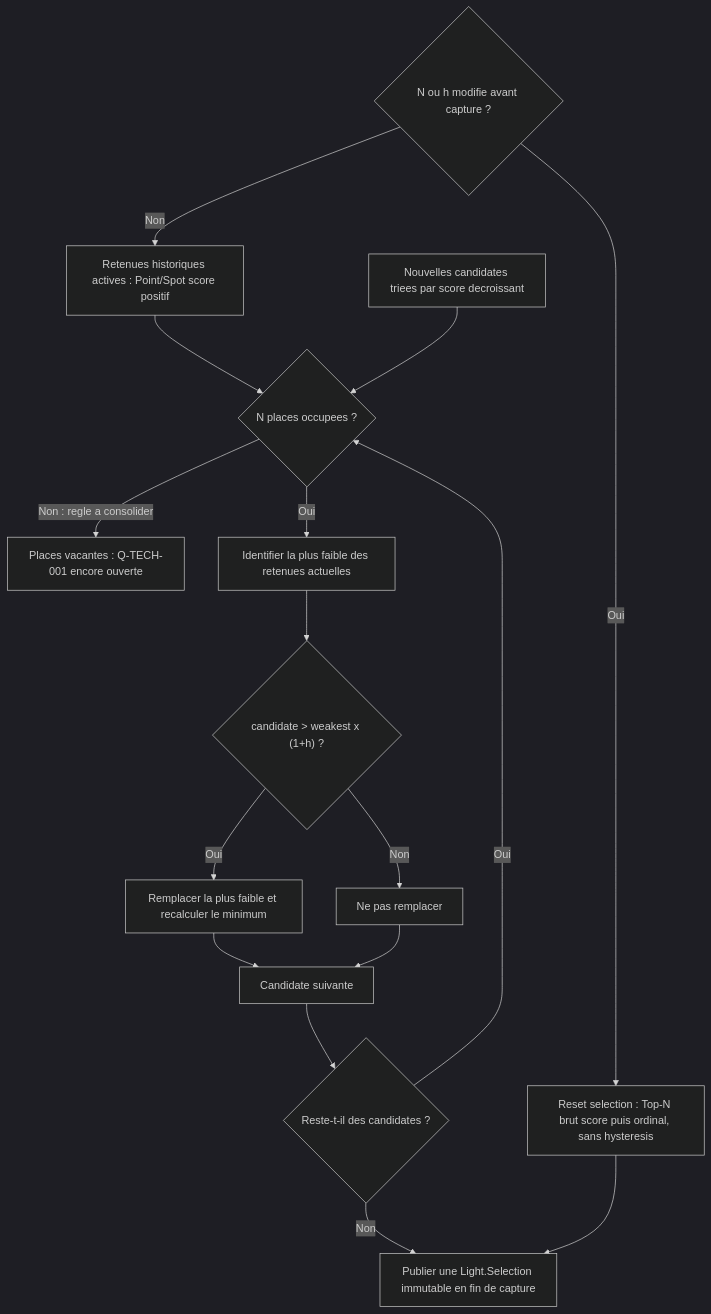
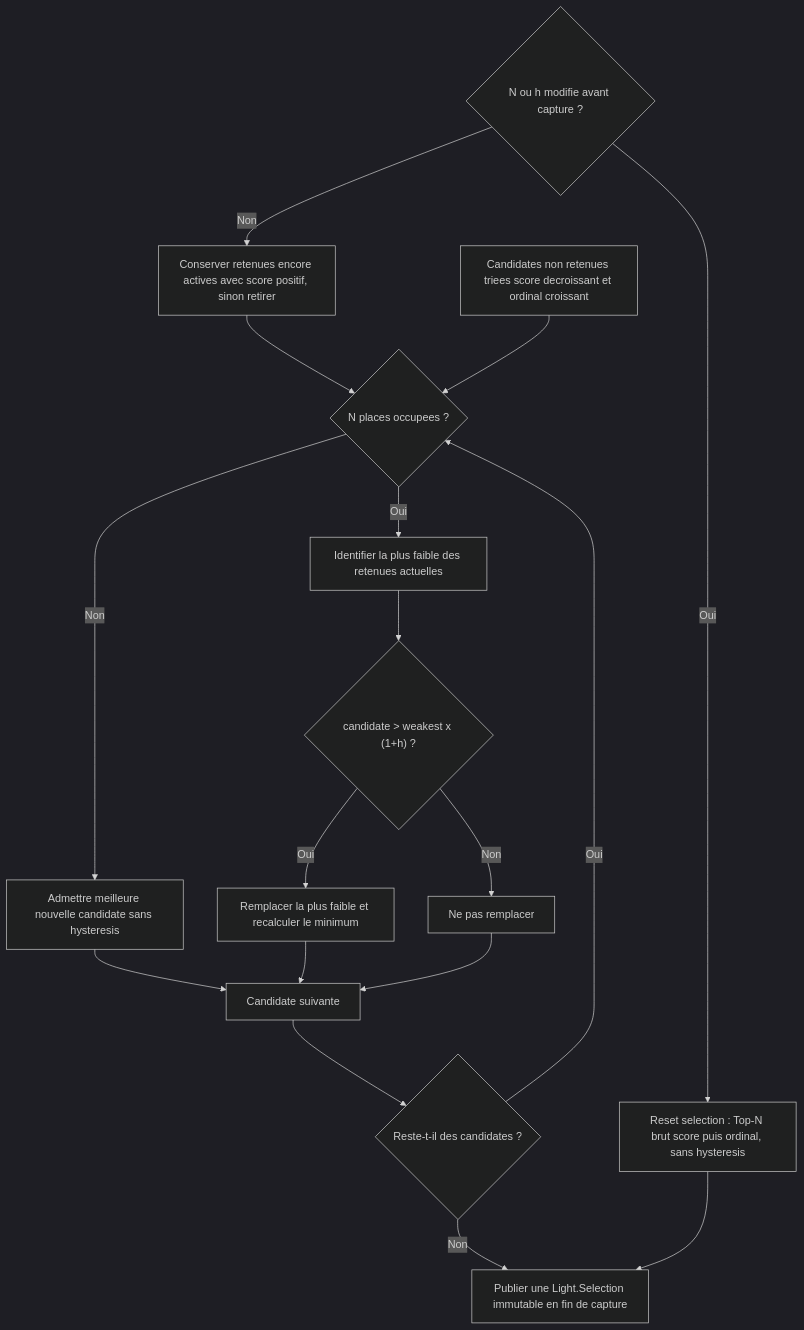
One commit to EreliaStudio/Sparkle changed the ninth of 13 diagrams in docs/voxel-engine-v0.1.4/08-lumieres-et-ombres.md. Above: the diagram before and after it, drawn with Mermaid (dark theme). The commit also changed other lines of this file, not shown here.

Commit message:
docs(v0.1.4): approve Q-TECH-001 fill-vacancies-without-hysteresis contract

````diff
--- a/docs/voxel-engine-v0.1.4/08-lumieres-et-ombres.md
+++ b/docs/voxel-engine-v0.1.4/08-lumieres-et-ombres.md
@@ -322,18 +332,19 @@
 ```mermaid
 flowchart TD
-  Prev["Retenues historiques actives : Point/Spot score positif"] --> Full{"N places occupees ?"}
+  Prev["Conserver retenues encore actives avec score positif, sinon retirer"] --> Full{"N places occupees ?"}
   Changed{"N ou h modifie avant capture ?"} -->|"Oui"| Reset["Reset selection : Top-N brut score puis ordinal, sans hysteresis"]
   Changed -->|"Non"| Prev
-  Candidates["Nouvelles candidates triees par score decroissant"] --> Full
-  Full -->|"Non : regle a consolider"| Open["Places vacantes : Q-TECH-001 encore ouverte"]
+  Candidates["Candidates non retenues triees score decroissant et ordinal croissant"] --> Full
+  Full -->|"Non"| Admit["Admettre meilleure nouvelle candidate sans hysteresis"]
+  Admit --> Next
   Full -->|"Oui"| Weak["Identifier la plus faible des retenues actuelles"]
   Weak --> Gate{"candidate > weakest x (1+h) ?"}
   Gate -->|"Oui"| Swap["Remplacer la plus faible et recalculer le minimum"]
   Gate -->|"Non"| Skip["Ne pas remplacer"]
   Swap --> Next["Candidate suivante"]
   Skip --> Next
   Next --> More{"Reste-t-il des candidates ?"}
   More -->|"Oui"| Full
   More -->|"Non"| Output["Publier une Light.Selection immutable en fin de capture"]
   Reset --> Output
 ```
````
